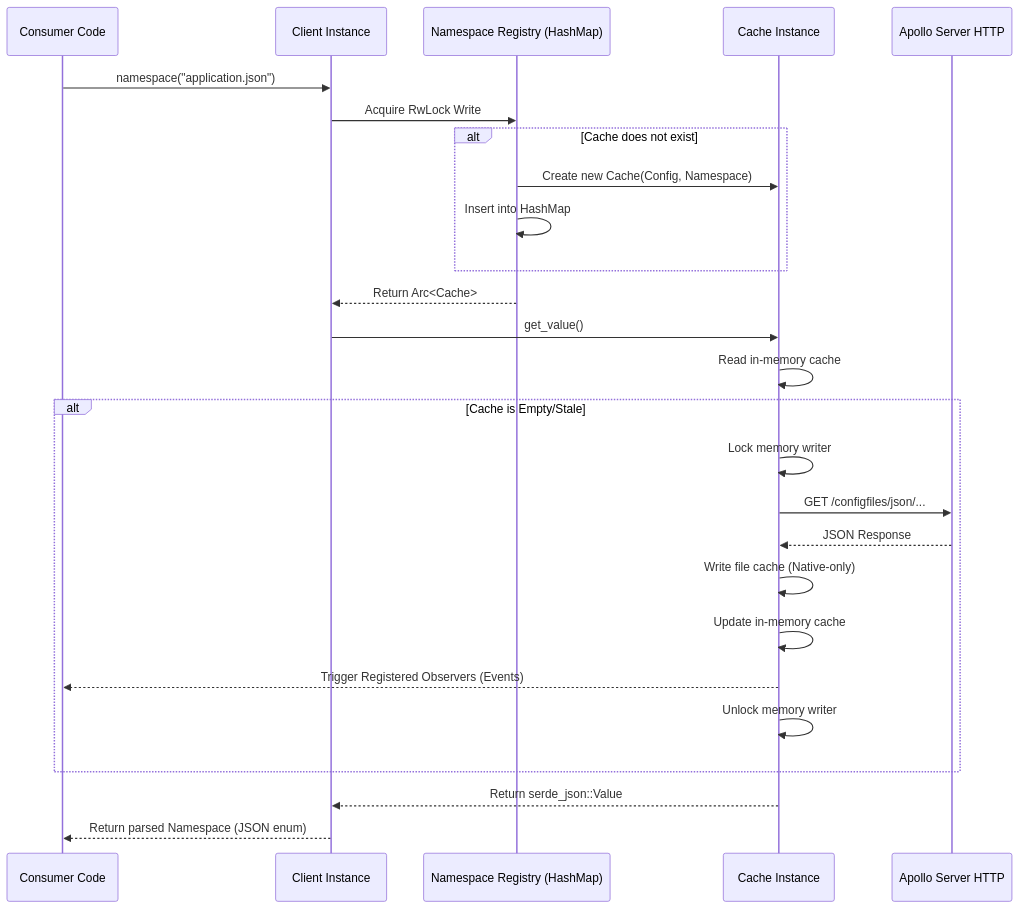
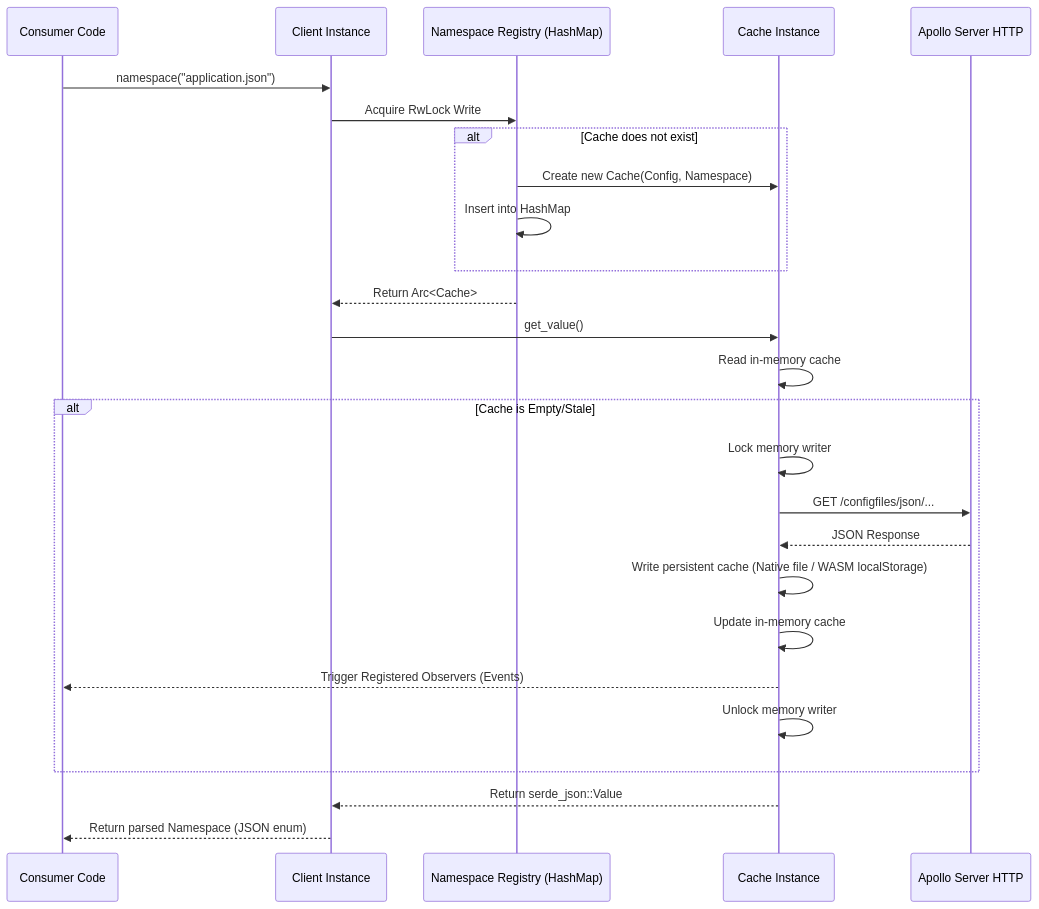
Before and after one commit to qqiao/apollo-rust-client: the diagram in specs/interface_design.md, drawn with Mermaid. The commit also changed 6 other files, not shown here.

````diff
--- a/specs/interface_design.md
+++ b/specs/interface_design.md
@@ -96,29 +96,29 @@
 ```mermaid
 sequenceDiagram
     participant User as Consumer Code
     participant Client as Client Instance
     participant Registry as Namespace Registry (HashMap)
     participant Cache as Cache Instance
     participant Net as Apollo Server HTTP
 
     User->>Client: namespace("application.json")
     Client->>Registry: Acquire RwLock Write
     alt Cache does not exist
         Registry->>Cache: Create new Cache(Config, Namespace)
         Registry->>Registry: Insert into HashMap
     end
     Registry-->>Client: Return Arc<Cache>
     Client->>Cache: get_value()
     Cache->>Cache: Read in-memory cache
     alt Cache is Empty/Stale
         Cache->>Cache: Lock memory writer
         Cache->>Net: GET /configfiles/json/...
         Net-->>Cache: JSON Response
-        Cache->>Cache: Write file cache (Native-only)
+        Cache->>Cache: Write persistent cache (Native file / WASM localStorage)
         Cache->>Cache: Update in-memory cache
         Cache-->>User: Trigger Registered Observers (Events)
         Cache->>Cache: Unlock memory writer
     end
     Cache-->>Client: Return serde_json::Value
     Client-->>User: Return parsed Namespace (JSON enum)
 ```
````
